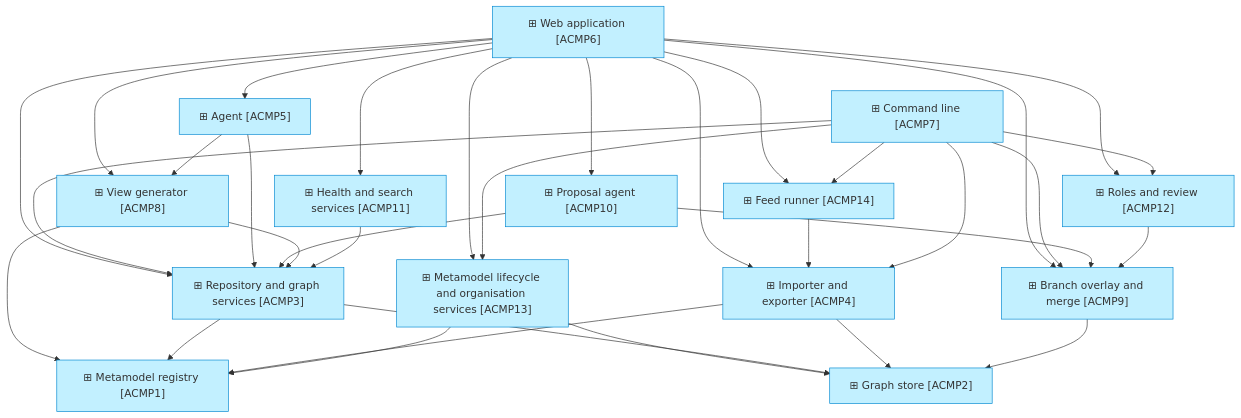
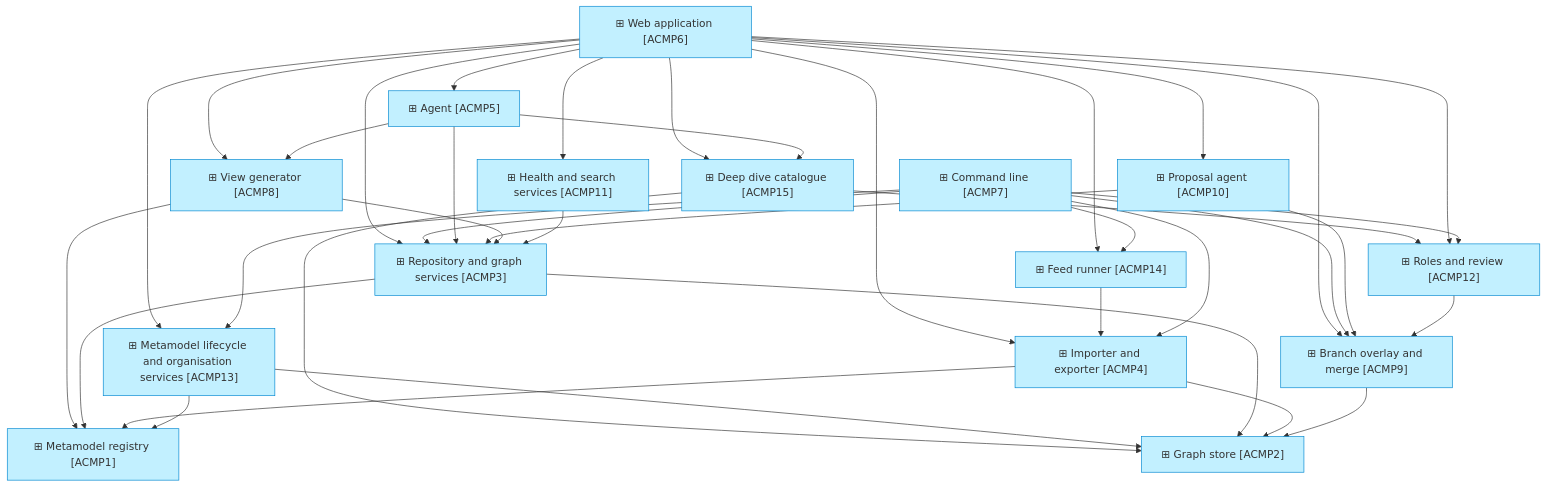
One commit to roanboc/dbx-enterprise-architecture changed the third of 4 diagrams in architecture/4_application/2_application-components.md. Above: the diagram before and after it, drawn with Mermaid. The commit also changed other lines of this file and 14 other files, not shown here.

First line of the commit message:
docs(architecture): initiative 25 built — the application and technology layers aligned, GAP27 closed

````diff
--- a/architecture/4_application/2_application-components.md
+++ b/architecture/4_application/2_application-components.md
@@ -44,51 +44,56 @@
 ```mermaid
 flowchart TB
   ui["⊞ Web application [ACMP6]"]:::application
   cli["⊞ Command line [ACMP7]"]:::application
   agent["⊞ Agent [ACMP5]"]:::application
   prop["⊞ Proposal agent [ACMP10]"]:::application
   views["⊞ View generator [ACMP8]"]:::application
   svc["⊞ Repository and graph services [ACMP3]"]:::application
   health["⊞ Health and search services [ACMP11]"]:::application
   roles["⊞ Roles and review [ACMP12]"]:::application
   br["⊞ Branch overlay and merge [ACMP9]"]:::application
   imp["⊞ Importer and exporter [ACMP4]"]:::application
   reg["⊞ Metamodel registry [ACMP1]"]:::application
   meta["⊞ Metamodel lifecycle and organisation services [ACMP13]"]:::application
   store["⊞ Graph store [ACMP2]"]:::application
   feeds["⊞ Feed runner [ACMP14]"]:::application
+  dd["⊞ Deep dive catalogue [ACMP15]"]:::application
   ui --> svc
+  ui --> dd
+  agent --> dd
+  dd --> roles
+  dd --> store
   ui --> imp
   ui --> feeds
   cli --> feeds
   feeds --> imp
   ui --> agent
   ui --> prop
   ui --> views
   ui --> br
   ui --> health
   ui --> roles
   ui --> meta
   cli --> svc
   cli --> imp
   cli --> br
   cli --> roles
   cli --> meta
   agent --> svc
   agent --> views
   prop --> svc
   prop --> br
   views --> svc
   views --> reg
   health --> svc
   roles --> br
   svc --> reg
   imp --> reg
   meta --> reg
   meta --> store
   svc --> store
   imp --> store
   br --> store
 
   classDef application fill:#c2f0ff,stroke:#0288d1,color:#333
 ```
````
